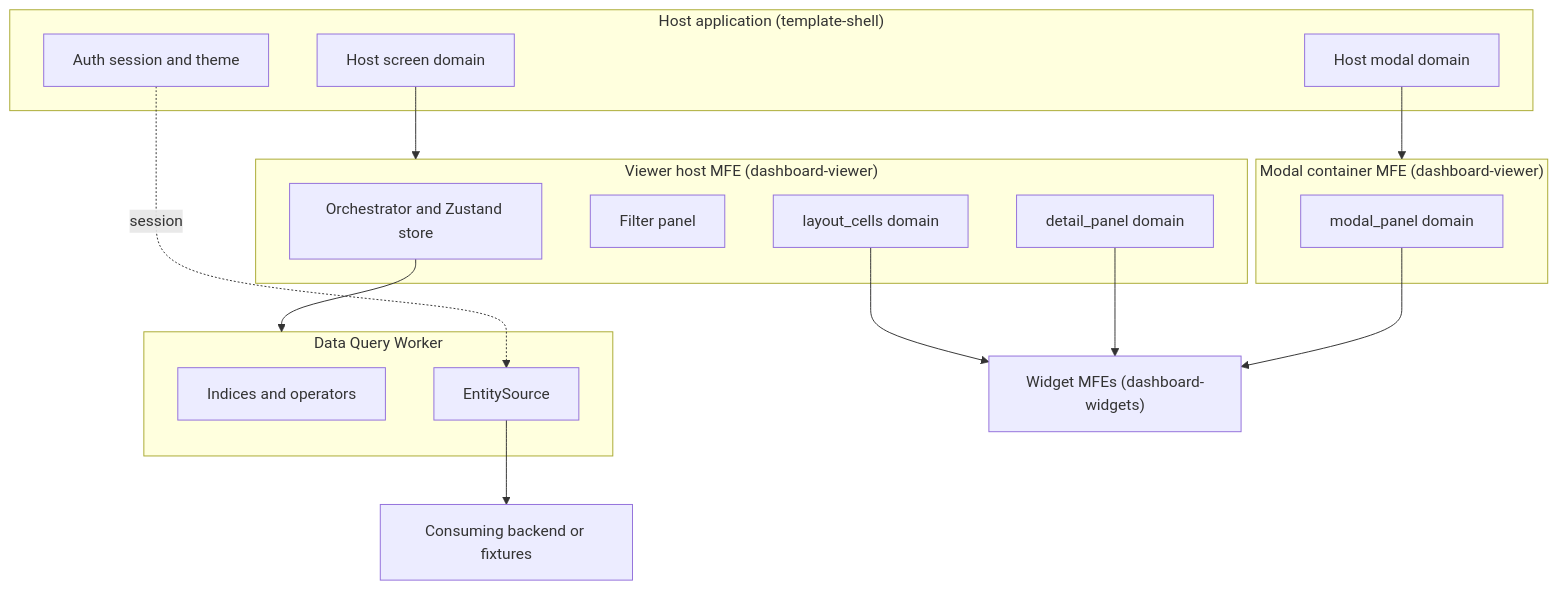
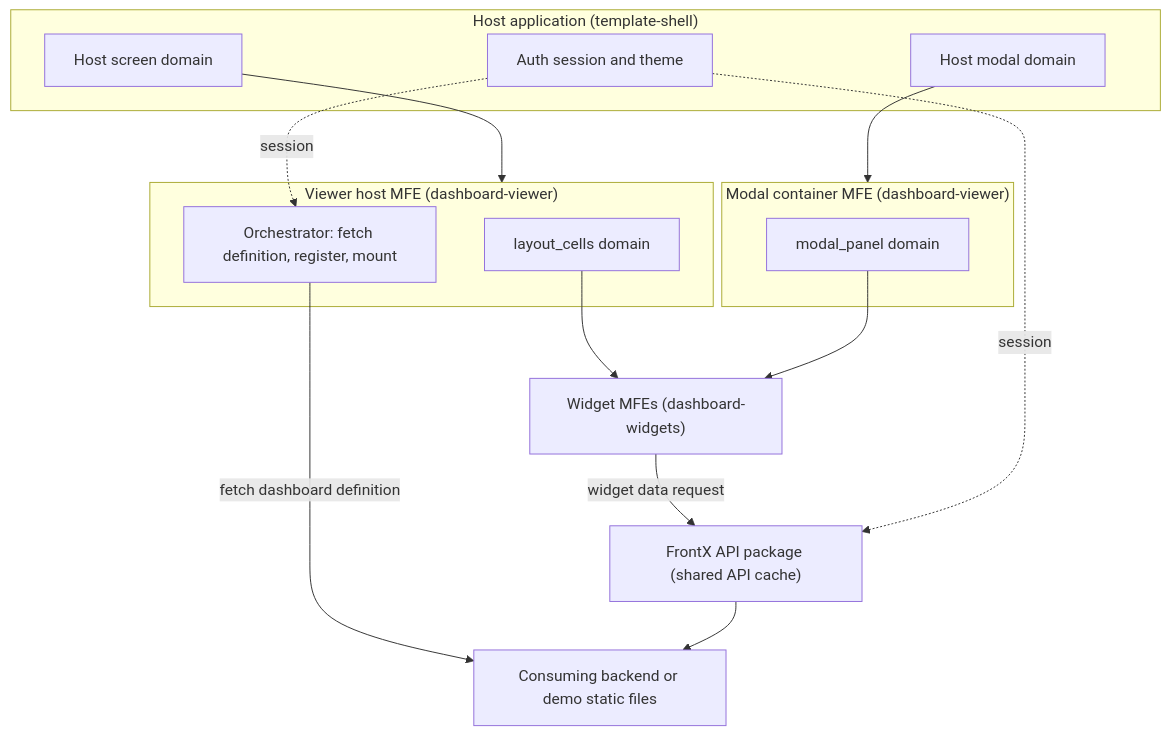
Before and after one commit to AndrejK666/gears-frontx-templates: the first of 8 diagrams in template-dashboard/architecture/DESIGN.md, drawn with Mermaid. The commit also changed other lines of this file and 36 other files, not shown here.

Commit message:
docs(template-dashboard): rename type-catalog IDs to domain-model, add nfr-large-table

````diff
--- a/template-dashboard/architecture/DESIGN.md
+++ b/template-dashboard/architecture/DESIGN.md
@@ -116,32 +104,28 @@
 ```mermaid
 graph TB
     subgraph Host["Host application (template-shell)"]
         SCR["Host screen domain"]
         POP["Host modal domain"]
         AUTH["Auth session and theme"]
     end
     subgraph Viewer["Viewer host MFE (dashboard-viewer)"]
-        ORCH["Orchestrator and Zustand store"]
-        FP["Filter panel"]
+        ORCH["Orchestrator: fetch definition, register, mount"]
         LC["layout_cells domain"]
-        DP["detail_panel domain"]
-    end
-    subgraph Worker["Data Query Worker"]
-        IDX["Indices and operators"]
-        ES["EntitySource"]
     end
     subgraph Modal["Modal container MFE (dashboard-viewer)"]
         MP["modal_panel domain"]
     end
     W["Widget MFEs (dashboard-widgets)"]
-    BE["Consuming backend or fixtures"]
+    API["FrontX API package (shared API cache)"]
+    BE["Consuming backend or demo static files"]
 
     SCR --> Viewer
     POP --> Modal
-    ORCH --> Worker
-    ES --> BE
+    ORCH -- "fetch dashboard definition" --> BE
     LC --> W
-    DP --> W
     MP --> W
-    AUTH -. session .-> ES
+    W -- "widget data request" --> API
+    API --> BE
+    AUTH -. session .-> ORCH
+    AUTH -. session .-> API
 ```
````
